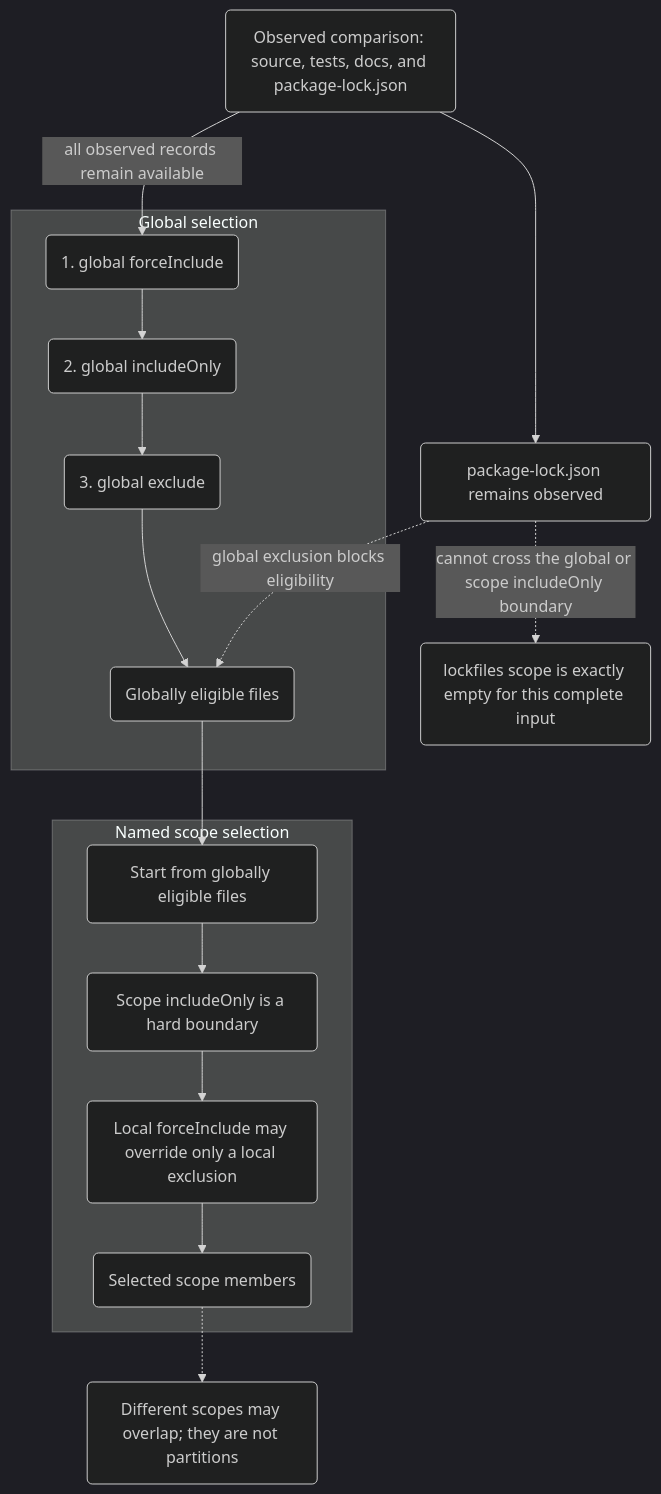
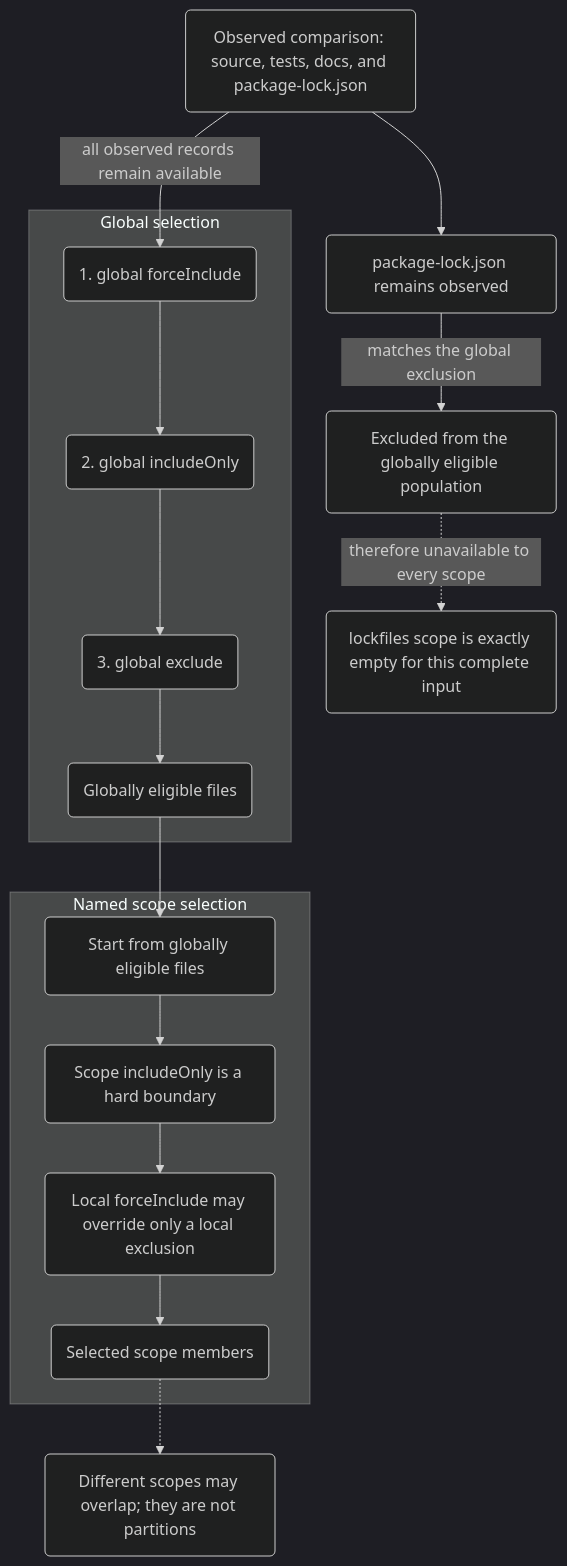
The diagram in docs/manual/assets/visuals/selection-boundaries.mmd (Wolfsblvt/diffdevil), drawn with Mermaid (dark theme) before and after one commit. The commit also changed 1 other file, not shown here.

```diff
--- a/docs/manual/assets/visuals/selection-boundaries.mmd
+++ b/docs/manual/assets/visuals/selection-boundaries.mmd
@@ -1,36 +1,37 @@
 flowchart TB
     accTitle: Global and scoped file selection have different boundaries
     accDescr: The observed comparison retains every observed file. Global forceInclude, includeOnly, and exclude determine the globally eligible population. Each named scope begins only from that population, applies a hard includeOnly boundary, and may use local forceInclude only against local exclusions. A globally excluded lockfile remains observed but cannot be reintroduced by its scope.
 
     observed("Observed comparison: source, tests, docs, and package-lock.json"):::focus
 
     subgraph global["Global selection"]
         globalForce("1. global forceInclude")
         globalOnly("2. global includeOnly")
         globalExclude("3. global exclude")
         eligible("Globally eligible files"):::ok
     end
 
     observed -->|"all observed records remain available"| globalForce
     globalForce --> globalOnly
     globalOnly --> globalExclude
     globalExclude --> eligible
 
-    lockfile("package-lock.json remains observed"):::bad
+    lockfile("package-lock.json remains observed"):::focus
+    globallyExcluded("Excluded from the globally eligible population"):::bad
     observed --> lockfile
-    lockfile -.->|"global exclusion blocks eligibility"| eligible
+    lockfile -->|"matches the global exclusion"| globallyExcluded
 
     subgraph scope["Named scope selection"]
         scopeStart("Start from globally eligible files")
         scopeOnly("Scope includeOnly is a hard boundary")
         scopeLocal("Local forceInclude may override only a local exclusion")
         scopeResult("Selected scope members"):::ok
     end
 
     eligible --> scopeStart
     scopeStart --> scopeOnly
     scopeOnly --> scopeLocal
     scopeLocal --> scopeResult
 
-    lockfile -.->|"cannot cross the global or scope includeOnly boundary"| empty("lockfiles scope is exactly empty for this complete input"):::bad
+    globallyExcluded -.->|"therefore unavailable to every scope"| empty("lockfiles scope is exactly empty for this complete input"):::bad
     scopeResult -.-> overlap("Different scopes may overlap; they are not partitions")
```
